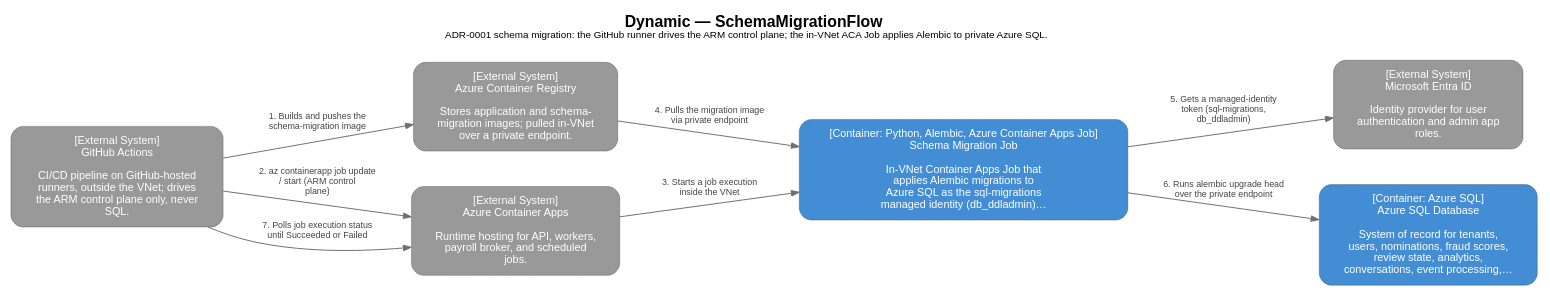
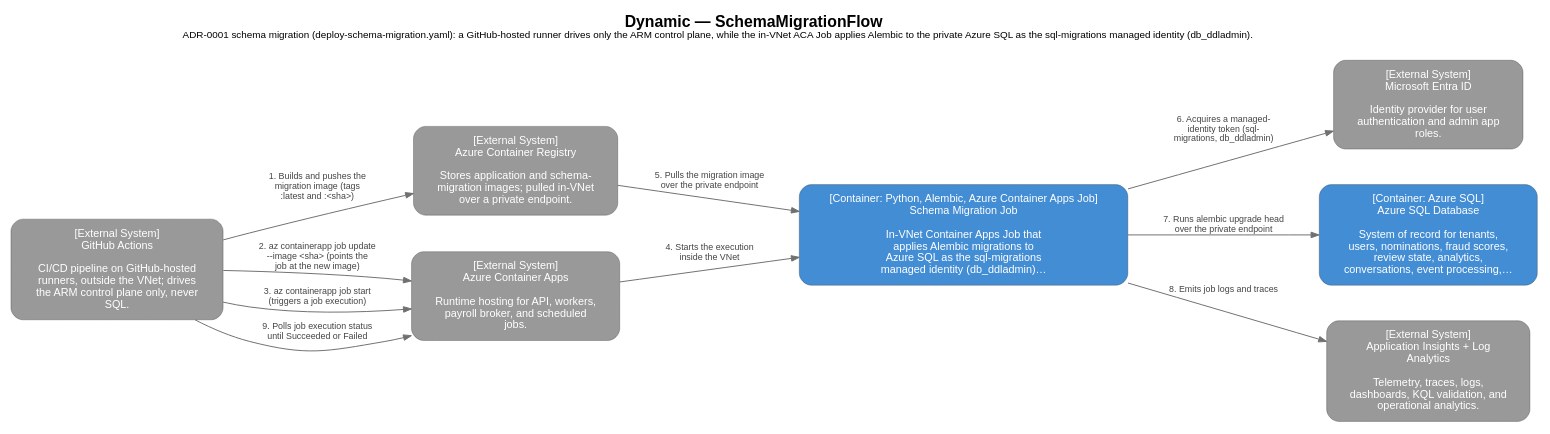
One commit to DTerian64/David64_Award_Nominations changed the diagram in Documentation_Structured/diagrams/exports/SchemaMigrationFlow.dot. Above: the diagram before and after it, drawn with Graphviz. The commit also changed 6 other files, not shown here.

```diff
--- a/Documentation_Structured/diagrams/exports/SchemaMigrationFlow.dot
+++ b/Documentation_Structured/diagrams/exports/SchemaMigrationFlow.dot
@@ -1,22 +1,25 @@
 digraph G {
   rankdir=LR;
   bgcolor="white";
   nodesep=0.5; ranksep=0.75; splines=true; concentrate=false;
-  graph [fontname="Helvetica", labelloc="t", label=<<b>Dynamic — SchemaMigrationFlow</b><br/><font point-size="10">ADR-0001 schema migration: the GitHub runner drives the ARM control plane; the in-VNet ACA Job applies Alembic to private Azure SQL.</font><br/> >, fontsize=16];
+  graph [fontname="Helvetica", labelloc="t", label=<<b>Dynamic — SchemaMigrationFlow</b><br/><font point-size="10">ADR-0001 schema migration (deploy-schema-migration.yaml): a GitHub-hosted runner drives only the ARM control plane, while the in-VNet ACA Job applies Alembic to the private Azure SQL as the sql-migrations managed identity (db_ddladmin).</font><br/> >, fontsize=16];
   node [margin="0.18,0.12"];
   edge [arrowsize=0.8];
 
   "github" [shape=box, style="rounded,filled", fillcolor="#999999", fontcolor="#ffffff", color="#33333355", penwidth=1, fontname="Helvetica", fontsize=11, label="[External System]\nGitHub Actions\n \nCI/CD pipeline on GitHub-hosted\nrunners, outside the VNet; drives\nthe ARM control plane only, never\nSQL."];
   "acr" [shape=box, style="rounded,filled", fillcolor="#999999", fontcolor="#ffffff", color="#33333355", penwidth=1, fontname="Helvetica", fontsize=11, label="[External System]\nAzure Container Registry\n \nStores application and schema-\nmigration images; pulled in-VNet\nover a private endpoint."];
   "containerApps" [shape=box, style="rounded,filled", fillcolor="#999999", fontcolor="#ffffff", color="#33333355", penwidth=1, fontname="Helvetica", fontsize=11, label="[External System]\nAzure Container Apps\n \nRuntime hosting for API, workers,\npayroll broker, and scheduled\njobs."];
   "schemaMigrationJob" [shape=box, style="rounded,filled", fillcolor="#438dd5", fontcolor="#ffffff", color="#33333355", penwidth=1, fontname="Helvetica", fontsize=11, label="[Container: Python, Alembic, Azure Container Apps Job]\nSchema Migration Job\n \nIn-VNet Container Apps Job that\napplies Alembic migrations to\nAzure SQL as the sql-migrations\nmanaged identity (db_ddladmin)…"];
   "entra" [shape=box, style="rounded,filled", fillcolor="#999999", fontcolor="#ffffff", color="#33333355", penwidth=1, fontname="Helvetica", fontsize=11, label="[External System]\nMicrosoft Entra ID\n \nIdentity provider for user\nauthentication and admin app\nroles."];
   "database" [shape=box, style="rounded,filled", fillcolor="#438dd5", fontcolor="#ffffff", color="#33333355", penwidth=1, fontname="Helvetica", fontsize=11, label="[Container: Azure SQL]\nAzure SQL Database\n \nSystem of record for tenants,\nusers, nominations, fraud scores,\nreview state, analytics,\nconversations, event processing,…"];
-  "github" -> "acr" [color="#707070", fontcolor="#444444", fontname="Helvetica", fontsize=9, penwidth=1, label="1. Builds and pushes the\nschema-migration image"];
-  "github" -> "containerApps" [color="#707070", fontcolor="#444444", fontname="Helvetica", fontsize=9, penwidth=1, label="2. az containerapp job update\n/ start (ARM control\nplane)"];
-  "containerApps" -> "schemaMigrationJob" [color="#707070", fontcolor="#444444", fontname="Helvetica", fontsize=9, penwidth=1, label="3. Starts a job execution\ninside the VNet"];
-  "acr" -> "schemaMigrationJob" [color="#707070", fontcolor="#444444", fontname="Helvetica", fontsize=9, penwidth=1, label="4. Pulls the migration image\nvia private endpoint"];
-  "schemaMigrationJob" -> "entra" [color="#707070", fontcolor="#444444", fontname="Helvetica", fontsize=9, penwidth=1, label="5. Gets a managed-identity\ntoken (sql-migrations,\ndb_ddladmin)"];
-  "schemaMigrationJob" -> "database" [color="#707070", fontcolor="#444444", fontname="Helvetica", fontsize=9, penwidth=1, label="6. Runs alembic upgrade head\nover the private endpoint"];
-  "github" -> "containerApps" [color="#707070", fontcolor="#444444", fontname="Helvetica", fontsize=9, penwidth=1, label="7. Polls job execution status\nuntil Succeeded or Failed"];
+  "appInsights" [shape=box, style="rounded,filled", fillcolor="#999999", fontcolor="#ffffff", color="#33333355", penwidth=1, fontname="Helvetica", fontsize=11, label="[External System]\nApplication Insights + Log\nAnalytics\n \nTelemetry, traces, logs,\ndashboards, KQL validation, and\noperational analytics."];
+  "github" -> "acr" [color="#707070", fontcolor="#444444", fontname="Helvetica", fontsize=9, penwidth=1, label="1. Builds and pushes the\nmigration image (tags\n:latest and :<sha>)"];
+  "github" -> "containerApps" [color="#707070", fontcolor="#444444", fontname="Helvetica", fontsize=9, penwidth=1, label="2. az containerapp job update\n--image <sha> (points the\njob at the new image)"];
+  "github" -> "containerApps" [color="#707070", fontcolor="#444444", fontname="Helvetica", fontsize=9, penwidth=1, label="3. az containerapp job start\n(triggers a job execution)"];
+  "containerApps" -> "schemaMigrationJob" [color="#707070", fontcolor="#444444", fontname="Helvetica", fontsize=9, penwidth=1, label="4. Starts the execution\ninside the VNet"];
+  "acr" -> "schemaMigrationJob" [color="#707070", fontcolor="#444444", fontname="Helvetica", fontsize=9, penwidth=1, label="5. Pulls the migration image\nover the private endpoint"];
+  "schemaMigrationJob" -> "entra" [color="#707070", fontcolor="#444444", fontname="Helvetica", fontsize=9, penwidth=1, label="6. Acquires a managed-\nidentity token (sql-\nmigrations, db_ddladmin)"];
+  "schemaMigrationJob" -> "database" [color="#707070", fontcolor="#444444", fontname="Helvetica", fontsize=9, penwidth=1, label="7. Runs alembic upgrade head\nover the private endpoint"];
+  "schemaMigrationJob" -> "appInsights" [color="#707070", fontcolor="#444444", fontname="Helvetica", fontsize=9, penwidth=1, label="8. Emits job logs and traces"];
+  "github" -> "containerApps" [color="#707070", fontcolor="#444444", fontname="Helvetica", fontsize=9, penwidth=1, label="9. Polls job execution status\nuntil Succeeded or Failed"];
 }
```
